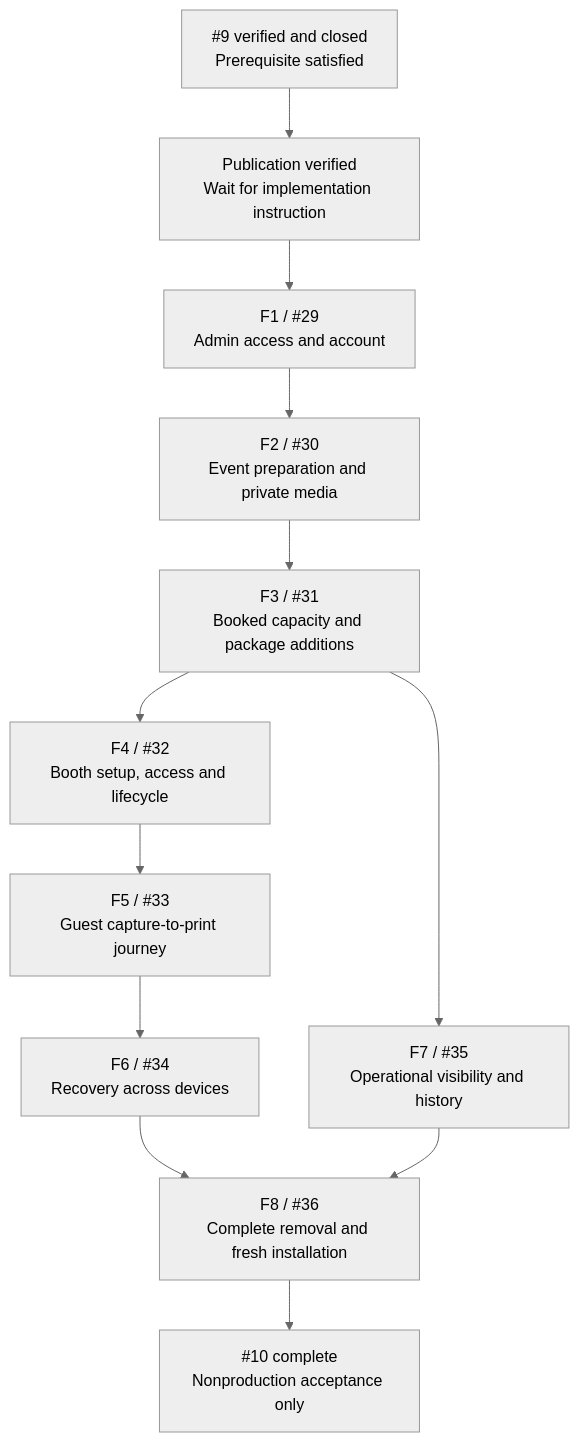
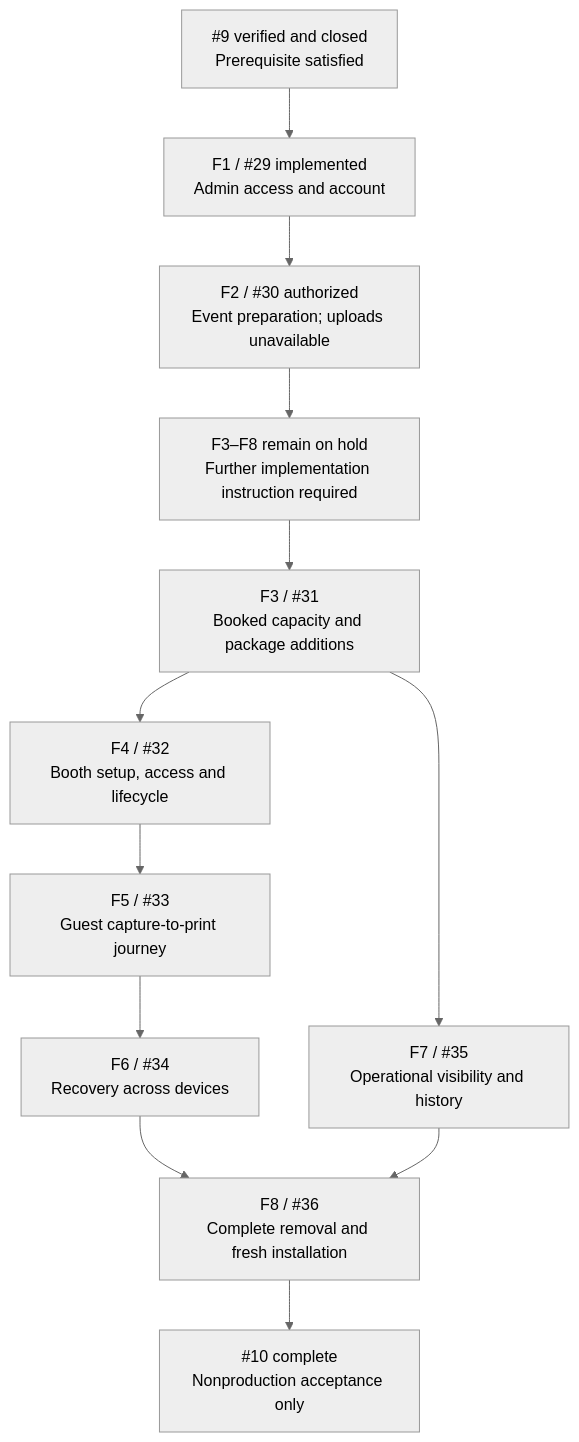
The first of 10 diagrams in docs/diagrams/issue-10-functional-breakdown.md (noelorph/diy-instax-photobooth), drawn with Mermaid (neutral theme) before and after one commit. The commit also changed other lines of this file and 48 other files, not shown here.

Commit message:
feat: defer event media uploads and preserve draft presentation

````diff
--- a/docs/diagrams/issue-10-functional-breakdown.md
+++ b/docs/diagrams/issue-10-functional-breakdown.md
@@ -11,14 +13,14 @@
 ```mermaid
 flowchart TD
-  GATE["#9 verified and closed<br/>Prerequisite satisfied"] --> HOLD["Publication verified<br/>Wait for implementation instruction"]
-  HOLD --> F1["F1 / #29<br/>Admin access and account"]
-  F1 --> F2["F2 / #30<br/>Event preparation and private media"]
-  F2 --> F3["F3 / #31<br/>Booked capacity and package additions"]
+  GATE["#9 verified and closed<br/>Prerequisite satisfied"] --> F1["F1 / #29 implemented<br/>Admin access and account"]
+  F1 --> F2["F2 / #30 authorized<br/>Event preparation; uploads unavailable"]
+  F2 --> HOLD["F3–F8 remain on hold<br/>Further implementation instruction required"]
+  HOLD --> F3["F3 / #31<br/>Booked capacity and package additions"]
   F3 --> F4["F4 / #32<br/>Booth setup, access and lifecycle"]
   F4 --> F5["F5 / #33<br/>Guest capture-to-print journey"]
   F5 --> F6["F6 / #34<br/>Recovery across devices"]
   F3 --> F7["F7 / #35<br/>Operational visibility and history"]
   F6 --> F8["F8 / #36<br/>Complete removal and fresh installation"]
   F7 --> F8
   F8 --> DONE["#10 complete<br/>Nonproduction acceptance only"]
 ```
````
